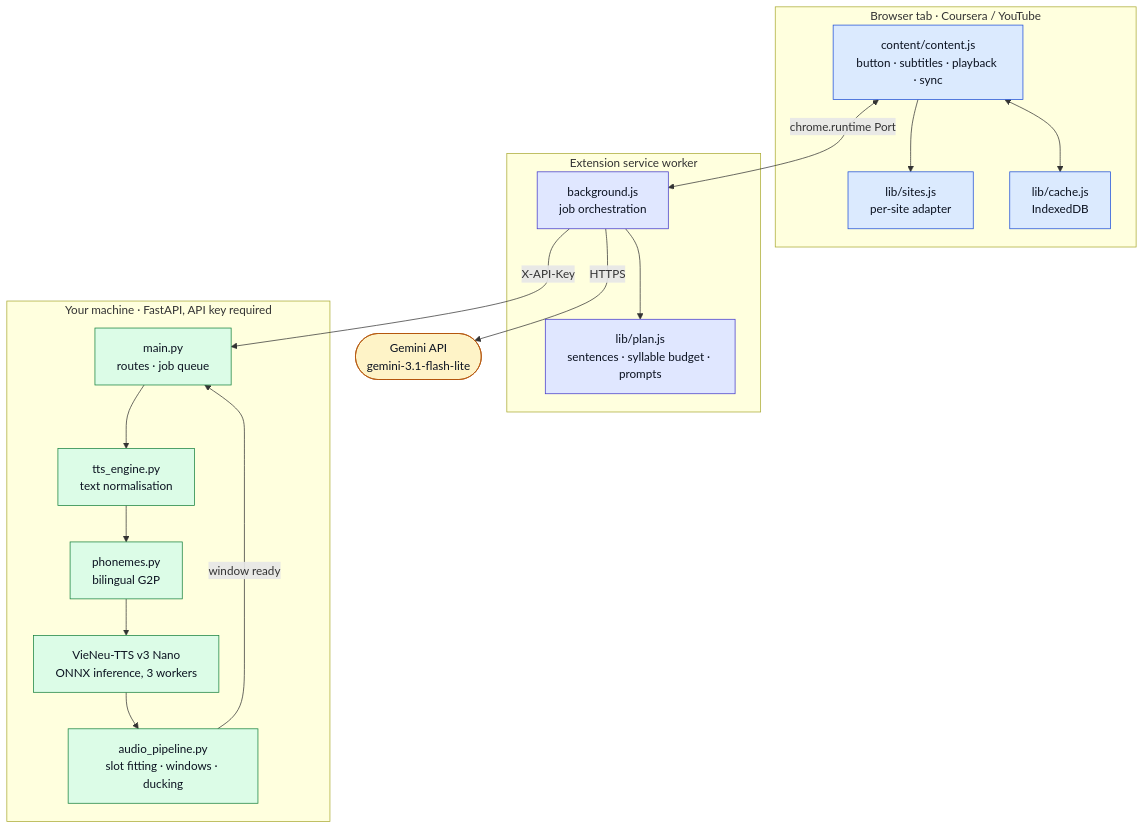
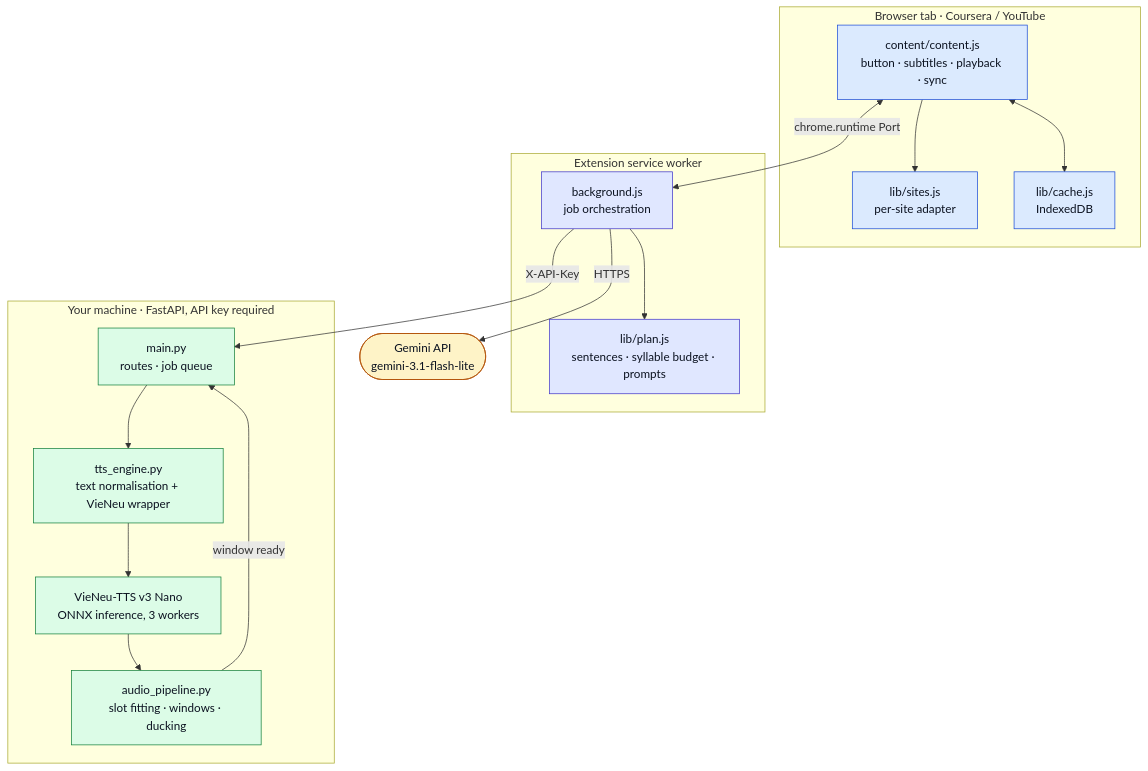
Before and after one commit to AIAI-Laboratory/ai-vietnamese-dubbing: the first of 5 diagrams in README.md, drawn with Mermaid. The commit also changed other lines of this file and 3 other files, not shown here.

````diff
--- a/README.md
+++ b/README.md
@@ -67,41 +67,40 @@
 ```mermaid
 flowchart TB
     subgraph page["Browser tab · Coursera / YouTube"]
         A["content/content.js<br/>button · subtitles · playback · sync"]
         B["lib/sites.js<br/>per-site adapter"]
         C["lib/cache.js<br/>IndexedDB"]
     end
 
     subgraph worker["Extension service worker"]
         D["background.js<br/>job orchestration"]
         E["lib/plan.js<br/>sentences · syllable budget · prompts"]
     end
 
     subgraph local["Your machine · FastAPI, API key required"]
         F["main.py<br/>routes · job queue"]
-        G["tts_engine.py<br/>text normalisation"]
-        H["phonemes.py<br/>bilingual G2P"]
-        I["VieNeu-TTS v3 Nano<br/>ONNX inference, 3 workers"]
+        G["tts_engine.py<br/>text normalisation + VieNeu wrapper"]
+        H["VieNeu-TTS v3 Nano<br/>ONNX inference, 3 workers"]
         J["audio_pipeline.py<br/>slot fitting · windows · ducking"]
     end
 
     K(["Gemini API<br/>gemini-3.1-flash-lite"])
 
     A <-->|"chrome.runtime Port"| D
     A --> B
     A <--> C
     D --> E
     D -->|HTTPS| K
     D -->|"X-API-Key"| F
-    F --> G --> H --> I --> J
+    F --> G --> H --> J
     J -->|"window ready"| F
 
     classDef browser fill:#dbeafe,stroke:#1d4ed8,color:#0b1220
     classDef worker fill:#e0e7ff,stroke:#4338ca,color:#0b1220
     classDef server fill:#dcfce7,stroke:#15803d,color:#0b1220
     classDef cloud fill:#fef3c7,stroke:#b45309,color:#0b1220
     class A,B,C browser
     class D,E worker
     class F,G,H,I,J server
     class K cloud
 ```
````
